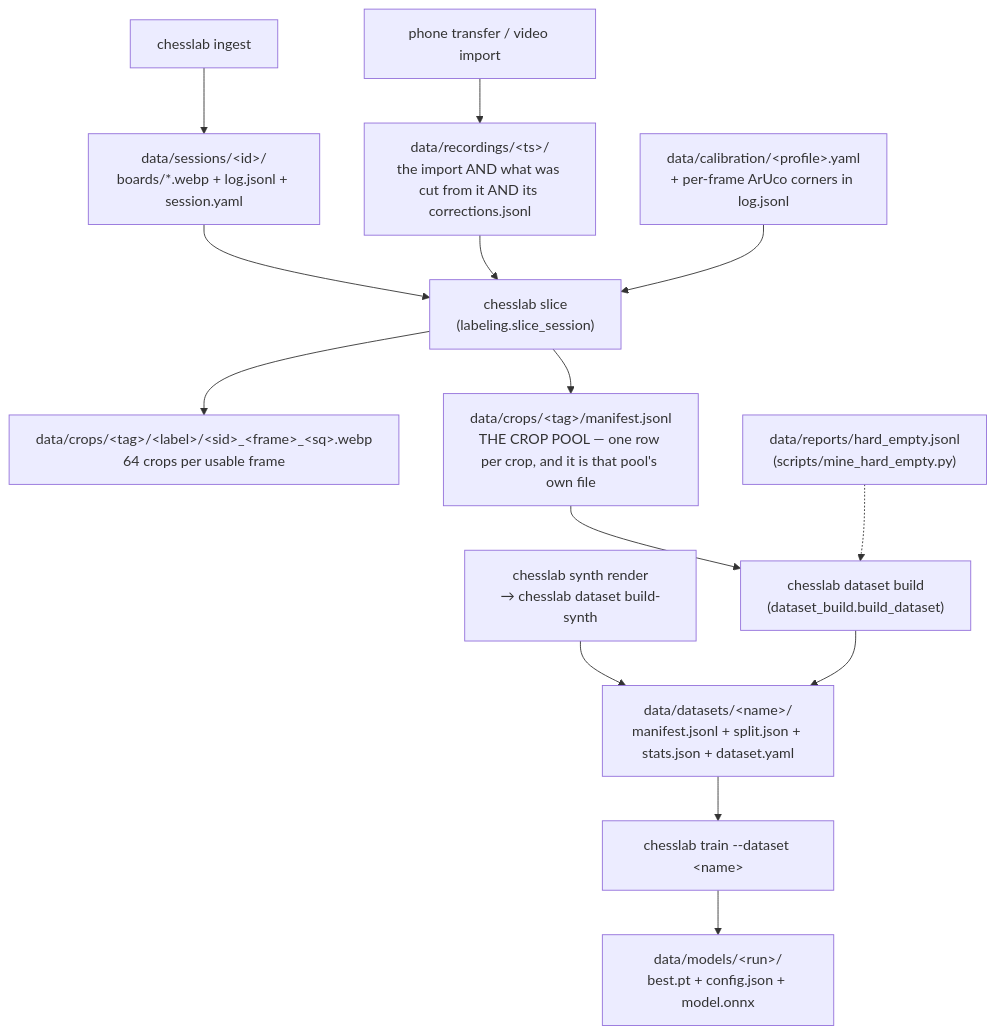
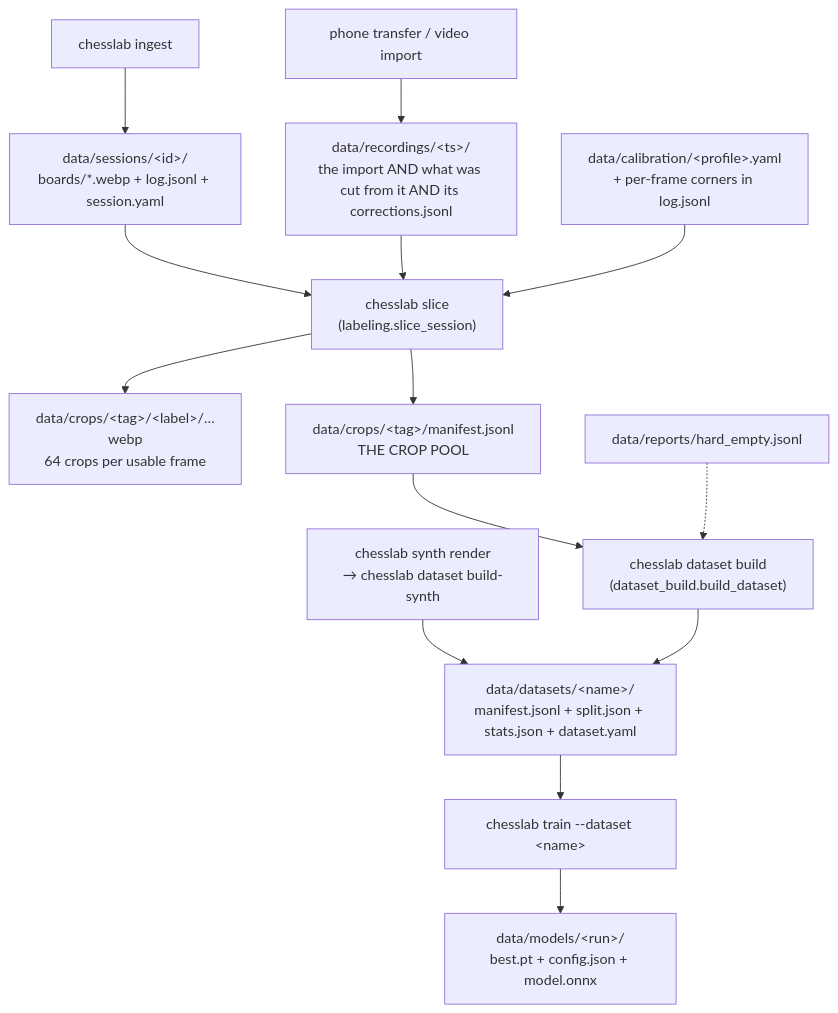
One commit to Kloggzer/chess-vision changed the diagram in docs/data-pipeline.md. Above: the diagram before and after it, drawn with Mermaid. The commit also changed other lines of this file and 94 other files, not shown here.

````diff
--- a/docs/data-pipeline.md
+++ b/docs/data-pipeline.md
@@ -14,16 +11,16 @@
 ```mermaid
 flowchart TD
     C["chesslab ingest"] --> S["data/sessions/&lt;id&gt;/<br/>boards/*.webp + log.jsonl + session.yaml"]
     IMP["phone transfer / video import"] --> RG["data/recordings/&lt;ts&gt;/<br/>the import AND what was cut from it AND its corrections.jsonl"]
     S --> SL["chesslab slice<br/>(labeling.slice_session)"]
     RG --> SL
-    CAL["data/calibration/&lt;profile&gt;.yaml<br/>+ per-frame ArUco corners in log.jsonl"] --> SL
-    SL --> SQ["data/crops/&lt;tag&gt;/&lt;label&gt;/&lt;sid&gt;_&lt;frame&gt;_&lt;sq&gt;.webp<br/>64 crops per usable frame"]
-    SL --> MF["data/crops/&lt;tag&gt;/manifest.jsonl<br/>THE CROP POOL — one row per crop, and it is that pool's own file"]
+    CAL["data/calibration/&lt;profile&gt;.yaml<br/>+ per-frame corners in log.jsonl"] --> SL
+    SL --> SQ["data/crops/&lt;tag&gt;/&lt;label&gt;/…webp<br/>64 crops per usable frame"]
+    SL --> MF["data/crops/&lt;tag&gt;/manifest.jsonl<br/>THE CROP POOL"]
     SYN["chesslab synth render<br/>→ chesslab dataset build-synth"] --> DS
     MF --> DB["chesslab dataset build<br/>(dataset_build.build_dataset)"]
-    HE["data/reports/hard_empty.jsonl<br/>(scripts/mine_hard_empty.py)"] -.-> DB
+    HE["data/reports/hard_empty.jsonl"] -.-> DB
     DB --> DS["data/datasets/&lt;name&gt;/<br/>manifest.jsonl + split.json + stats.json + dataset.yaml"]
     DS --> TR["chesslab train --dataset &lt;name&gt;"]
     TR --> MOD["data/models/&lt;run&gt;/<br/>best.pt + config.json + model.onnx"]
 ```
````
